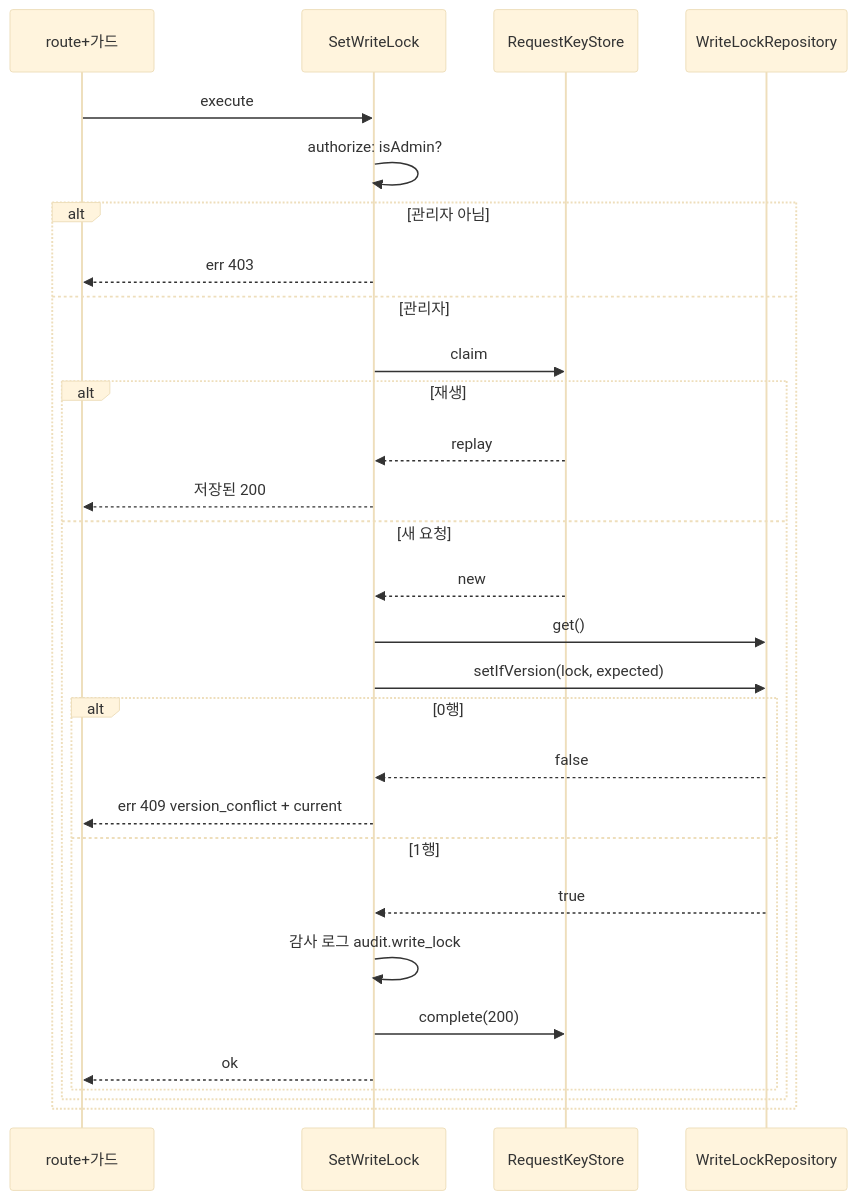
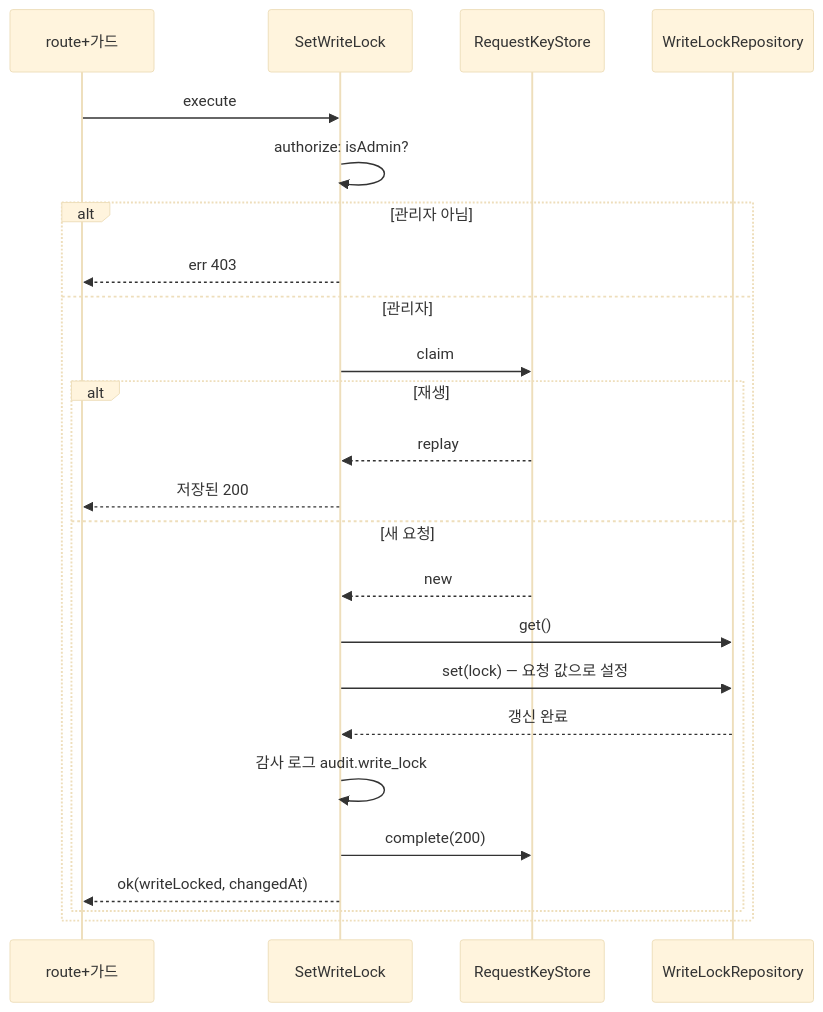
Before and after one commit to 1985jwlee/portpolio_backend: diagram 35 of 41 in docs/design/features/11-guestbook-write.md, drawn with Mermaid (base theme). The commit also changed other lines of this file and 33 other files, not shown here.

````diff
--- a/docs/design/features/11-guestbook-write.md
+++ b/docs/design/features/11-guestbook-write.md
@@ -1759,31 +1751,26 @@
 ```mermaid
 sequenceDiagram
     participant R as route+가드
     participant H as SetWriteLock
     participant K as RequestKeyStore
     participant L as WriteLockRepository
     R->>H: execute
     H->>H: authorize: isAdmin?
     alt 관리자 아님
         H-->>R: err 403
     else 관리자
         H->>K: claim
         alt 재생
             K-->>H: replay
             H-->>R: 저장된 200
         else 새 요청
             K-->>H: new
             H->>L: get()
-            H->>L: setIfVersion(lock, expected)
-            alt 0행
-                L-->>H: false
-                H-->>R: err 409 version_conflict + current
-            else 1행
-                L-->>H: true
-                H->>H: 감사 로그 audit.write_lock
-                H->>K: complete(200)
-                H-->>R: ok
-            end
+            H->>L: set(lock) — 요청 값으로 설정
+            L-->>H: 갱신 완료
+            H->>H: 감사 로그 audit.write_lock
+            H->>K: complete(200)
+            H-->>R: ok(writeLocked, changedAt)
         end
     end
 ```
````
